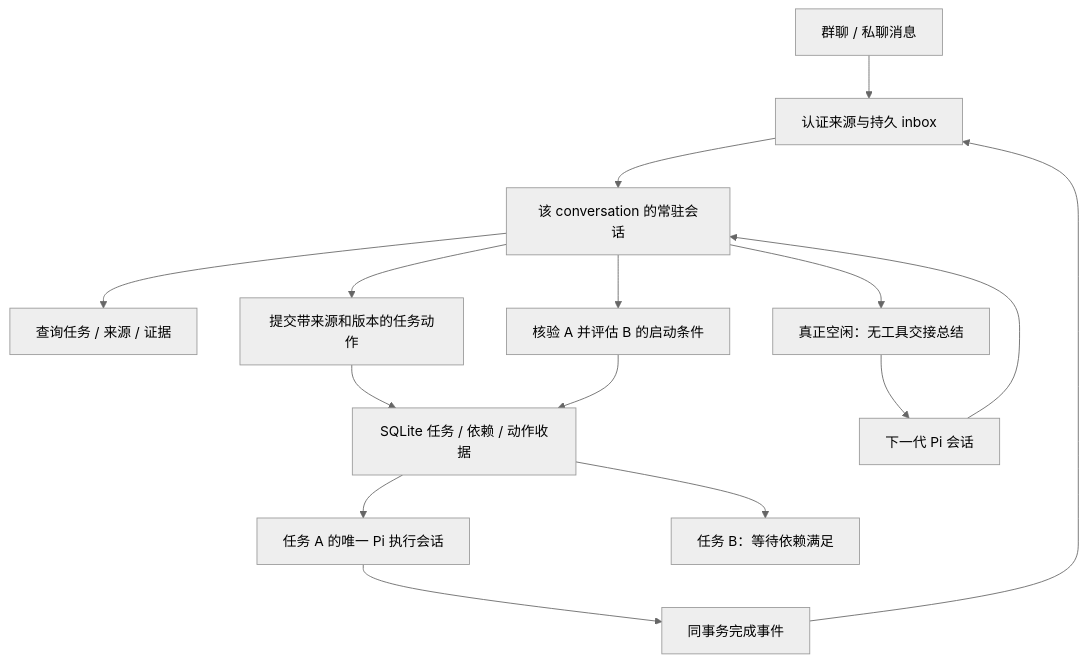
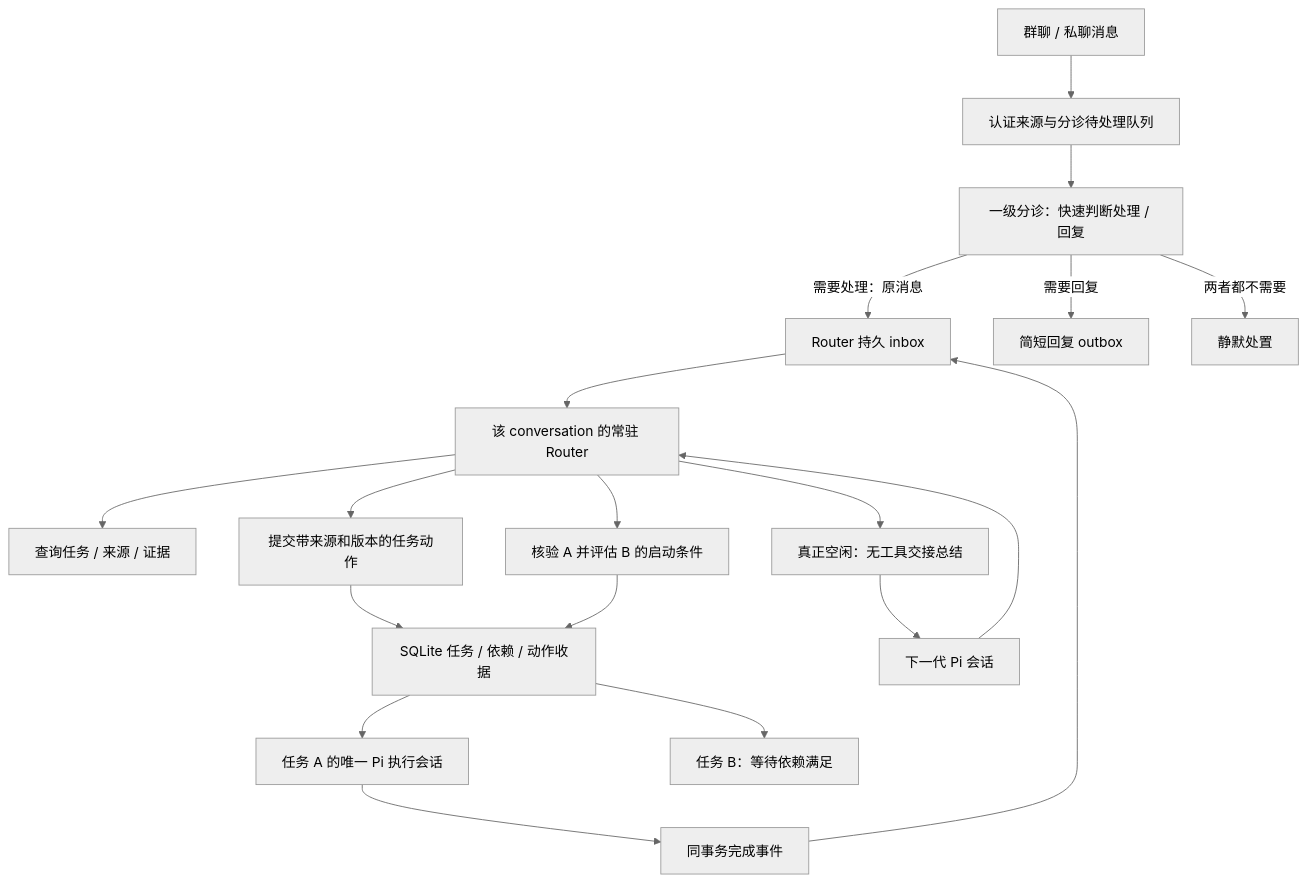
Before and after one commit to zzusp/night-bot: the diagram in docs/spec/resident-conversation-task-routing.md, drawn with Mermaid (neutral theme). The commit also changed other lines of this file, not shown here.

Commit message:
docs: 明确一级分诊与常驻 Router 职责 [skip ci]

````diff
--- a/docs/spec/resident-conversation-task-routing.md
+++ b/docs/spec/resident-conversation-task-routing.md
@@ -77,17 +84,21 @@
 ```mermaid
 flowchart TD
-    M[群聊 / 私聊消息] --> I[认证来源与持久 inbox]
-    I --> C[该 conversation 的常驻会话]
+    M[群聊 / 私聊消息] --> I[认证来源与分诊待处理队列]
+    I --> T[一级分诊：快速判断处理 / 回复]
+    T -->|需要处理：原消息| R[Router 持久 inbox]
+    T -->|需要回复| O[简短回复 outbox]
+    T -->|两者都不需要| S[静默处置]
+    R --> C[该 conversation 的常驻 Router]
     C --> Q[查询任务 / 来源 / 证据]
     C --> D[提交带来源和版本的任务动作]
     D --> L[SQLite 任务 / 依赖 / 动作收据]
     L --> A[任务 A 的唯一 Pi 执行会话]
     L --> B[任务 B：等待依赖满足]
     A --> E[同事务完成事件]
-    E --> I
+    E --> R
     C --> V[核验 A 并评估 B 的启动条件]
     V --> L
     C --> H[真正空闲：无工具交接总结]
     H --> N[下一代 Pi 会话]
     N --> C
 ```
````
